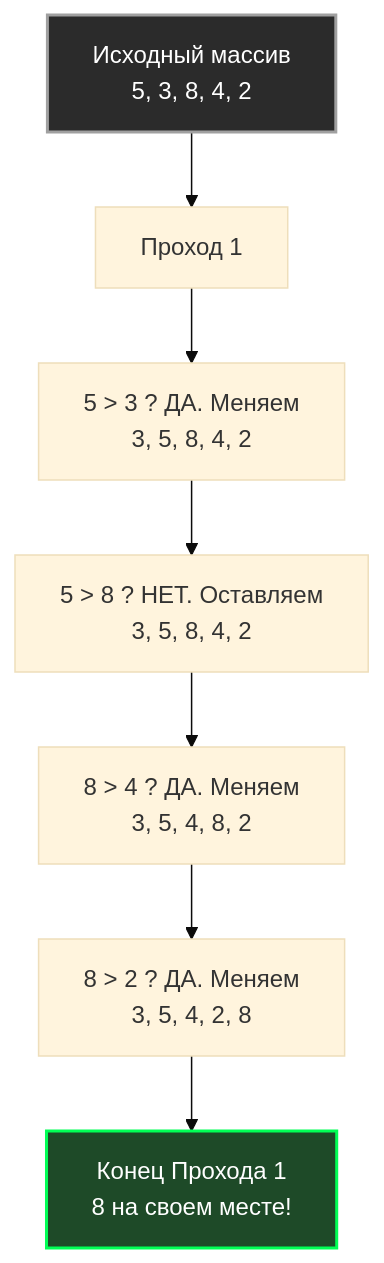
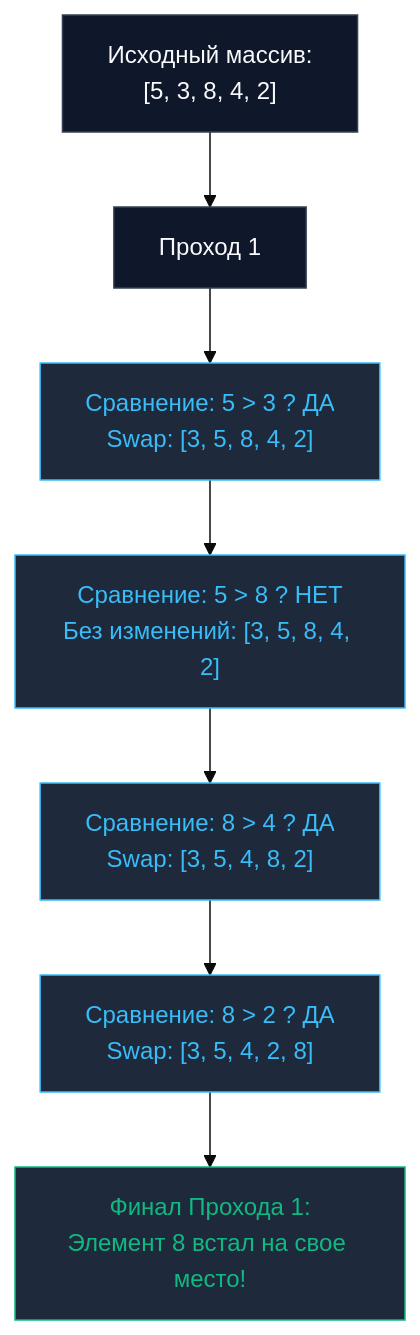
Before and after one commit to UnrealTemplier/go-textbook: the diagram in sources/20. Алгоритмы и структуры данных (DSA) на Go/08. Сортировки/1. Bubble sort и его недостатки.md, drawn with Mermaid (base theme). The commit also changed other lines of this file, not shown here.

````diff
--- a/sources/20. Алгоритмы и структуры данных (DSA) на Go/08. Сортировки/1. Bubble sort и его недостатки.md
+++ b/sources/20. Алгоритмы и структуры данных (DSA) на Go/08. Сортировки/1. Bubble sort и его недостатки.md
@@ -13,14 +17,19 @@
 ```mermaid
 flowchart TD
-    Start["Исходный массив<br>5, 3, 8, 4, 2"] --> Pass1["Проход 1"]
+    Start["Исходный массив:<br/>[5, 3, 8, 4, 2]"] --> Pass1["Проход 1"]
     
-    Pass1 --> C1["5 > 3 ? ДА. Меняем<br>3, 5, 8, 4, 2"]
-    C1 --> C2["5 > 8 ? НЕТ. Оставляем<br>3, 5, 8, 4, 2"]
-    C2 --> C3["8 > 4 ? ДА. Меняем<br>3, 5, 4, 8, 2"]
-    C3 --> C4["8 > 2 ? ДА. Меняем<br>3, 5, 4, 2, 8"]
+    Pass1 --> C1["Сравнение: 5 > 3 ? ДА<br/>Swap: [3, 5, 8, 4, 2]"]
+    C1 --> C2["Сравнение: 5 > 8 ? НЕТ<br/>Без изменений: [3, 5, 8, 4, 2]"]
+    C2 --> C3["Сравнение: 8 > 4 ? ДА<br/>Swap: [3, 5, 4, 8, 2]"]
+    C3 --> C4["Сравнение: 8 > 2 ? ДА<br/>Swap: [3, 5, 4, 2, 8]"]
     
-    C4 --> End1["Конец Прохода 1<br>8 на своем месте!"]
-    
-    style Start fill:#2b2b2b,stroke:#a0a0a0,stroke-width:2px,color:#fff
-    style End1 fill:#1e4a28,stroke:#00ff55,stroke-width:2px,color:#fff
+    C4 --> End1["Финал Прохода 1:<br/>Элемент 8 встал на свое место!"]
+
+    classDef default fill:#0f172a,stroke:#334155,color:#f8fafc
+    classDef step fill:#1e293b,stroke:#38bdf8,color:#38bdf8
+    classDef success fill:#1e293b,stroke:#10b981,color:#10b981
+
+    class Start,Pass1 default
+    class C1,C2,C3,C4 step
+    class End1 success
 ```
````
